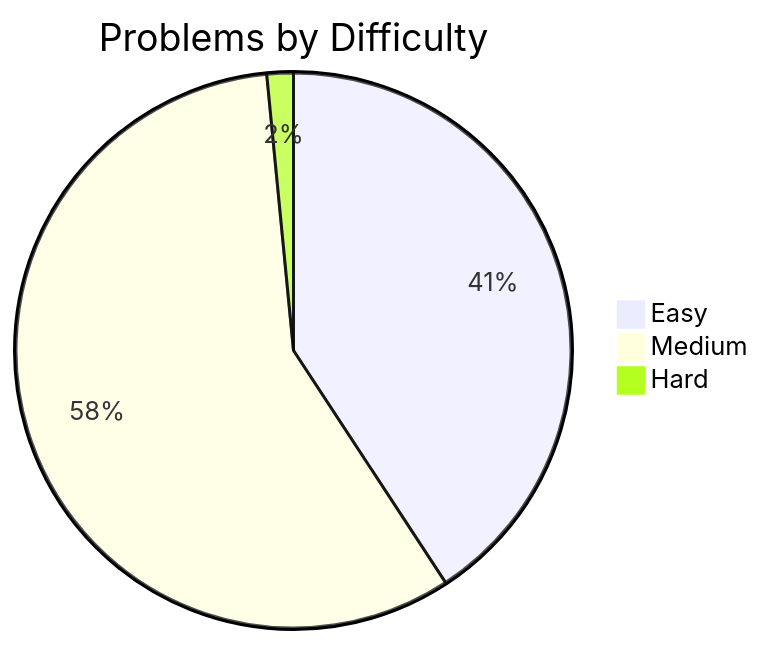
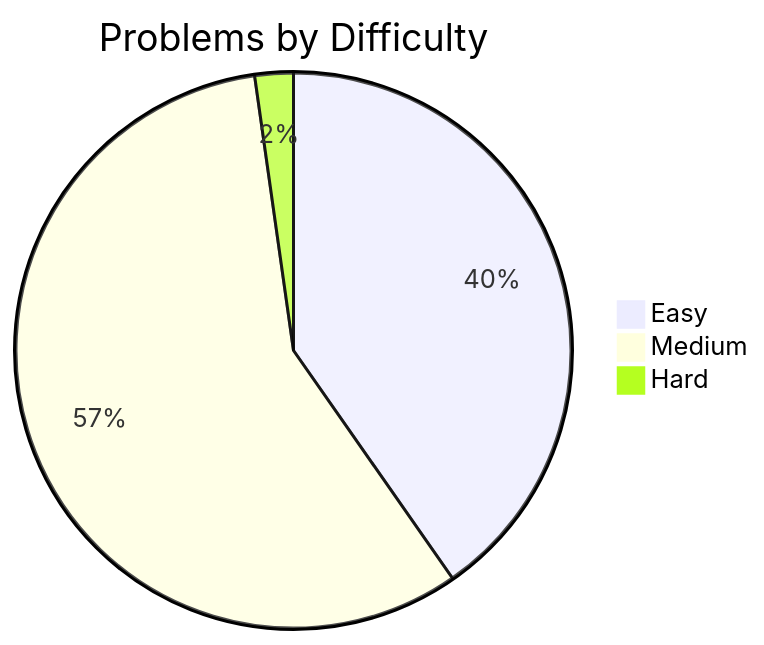
Before and after one commit to Jasjeet-Singh-S/100-days-DSA: the first of 2 diagrams in readme.md, drawn with Mermaid. The commit also changed other lines of this file and 4 other files, not shown here.

````diff
--- a/readme.md
+++ b/readme.md
@@ -19,6 +19,6 @@
 ```mermaid
 pie title Problems by Difficulty
-    "Easy" : 53
-    "Medium" : 75
-    "Hard" : 2
+    "Easy" : 54
+    "Medium" : 77
+    "Hard" : 3
 ```
````
